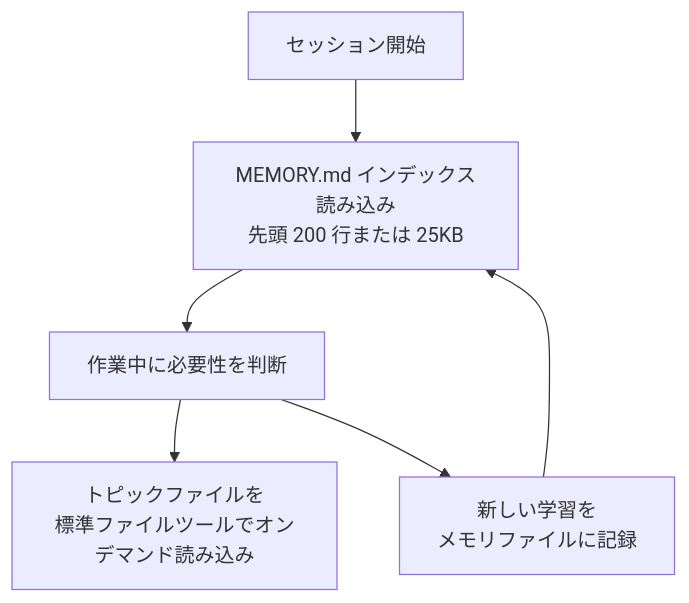
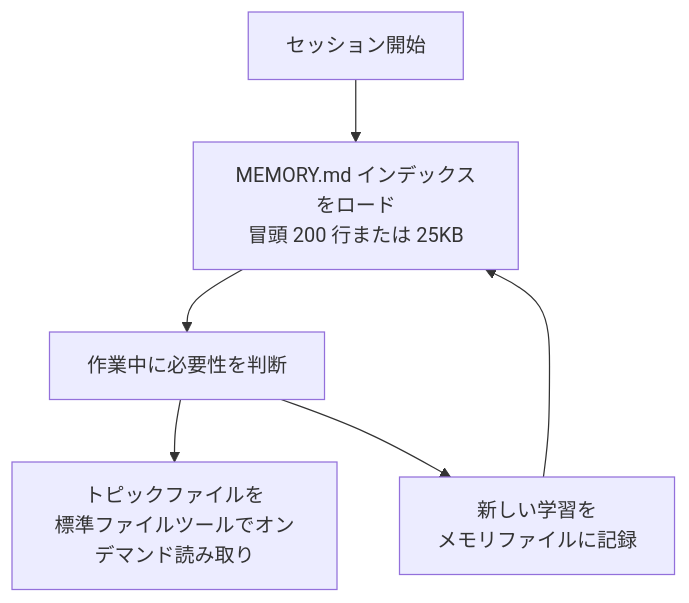
Before and after one commit to modu-ai/moai-adk: the second of 2 diagrams in docs-site/content/ja/claude-code/context-memory/memory.md, drawn with Mermaid. The commit also changed other lines of this file and 395 other files, not shown here.

````diff
--- a/docs-site/content/ja/claude-code/context-memory/memory.md
+++ b/docs-site/content/ja/claude-code/context-memory/memory.md
@@ -139,8 +139,8 @@
 ```mermaid
 flowchart TD
-    A["セッション開始"] --> B["MEMORY.md インデックス読み込み<br>先頭 200 行または 25KB"]
+    A["セッション開始"] --> B["MEMORY.md インデックスをロード<br>冒頭 200 行または 25KB"]
     B --> C["作業中に必要性を判断"]
-    C --> D["トピックファイルを<br>標準ファイルツールでオンデマンド読み込み"]
+    C --> D["トピックファイルを<br>標準ファイルツールでオンデマンド読み取り"]
     C --> E["新しい学習を<br>メモリファイルに記録"]
     E --> B
 ```
````
